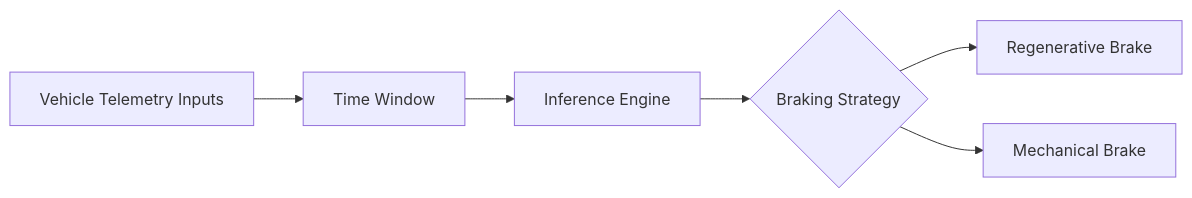
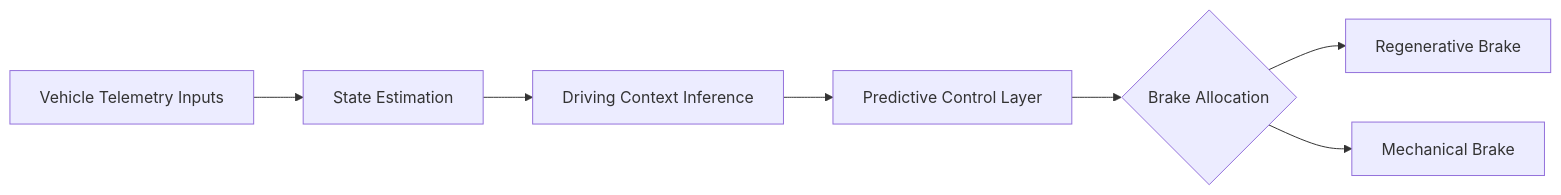
One commit to JuanPaQuezada/intelligent-adaptive-braking changed the diagram in README.md. Above: the diagram before and after it, drawn with Mermaid. The commit also changed other lines of this file, not shown here.

````diff
--- a/README.md
+++ b/README.md
@@ -17,8 +17,9 @@
 ```mermaid
 flowchart LR
-	A[Vehicle Telemetry Inputs] --> B[Time Window]
-	B --> C[Inference Engine]
-	C --> D{Braking Strategy}
-	D --> E[Regenerative Brake]
-	D --> F[Mechanical Brake]
+	A[Vehicle Telemetry Inputs] --> B[State Estimation]
+	B --> C[Driving Context Inference]
+	C --> D[Predictive Control Layer]
+	D --> E{Brake Allocation}
+	E --> F[Regenerative Brake]
+	E --> G[Mechanical Brake]
 ```
````
